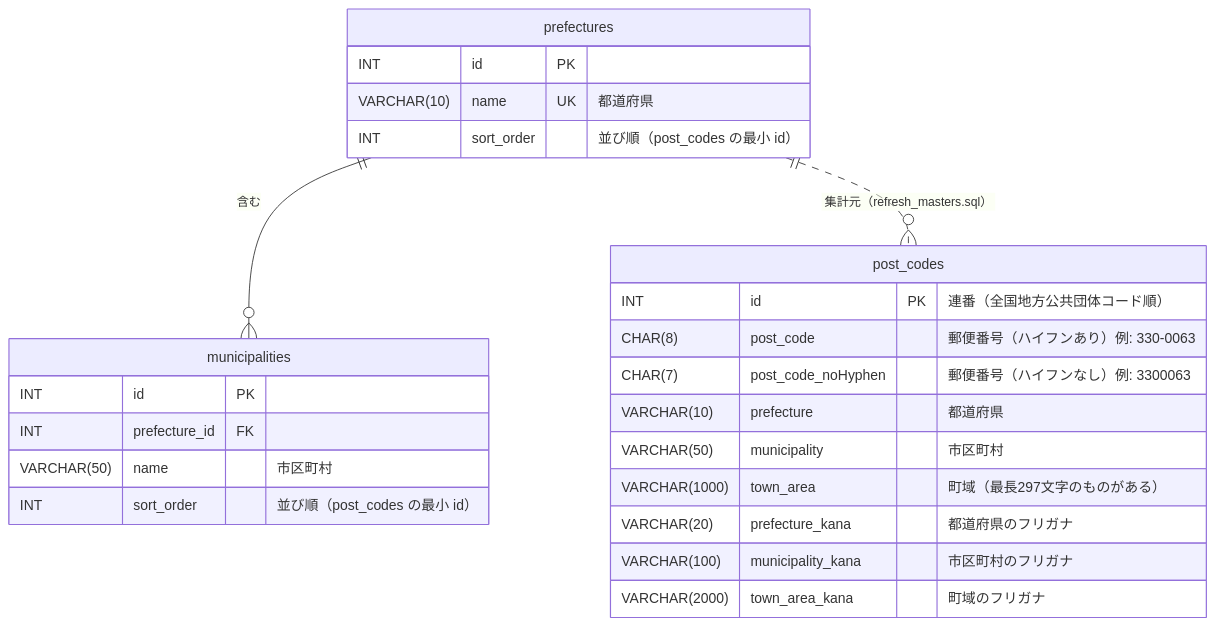
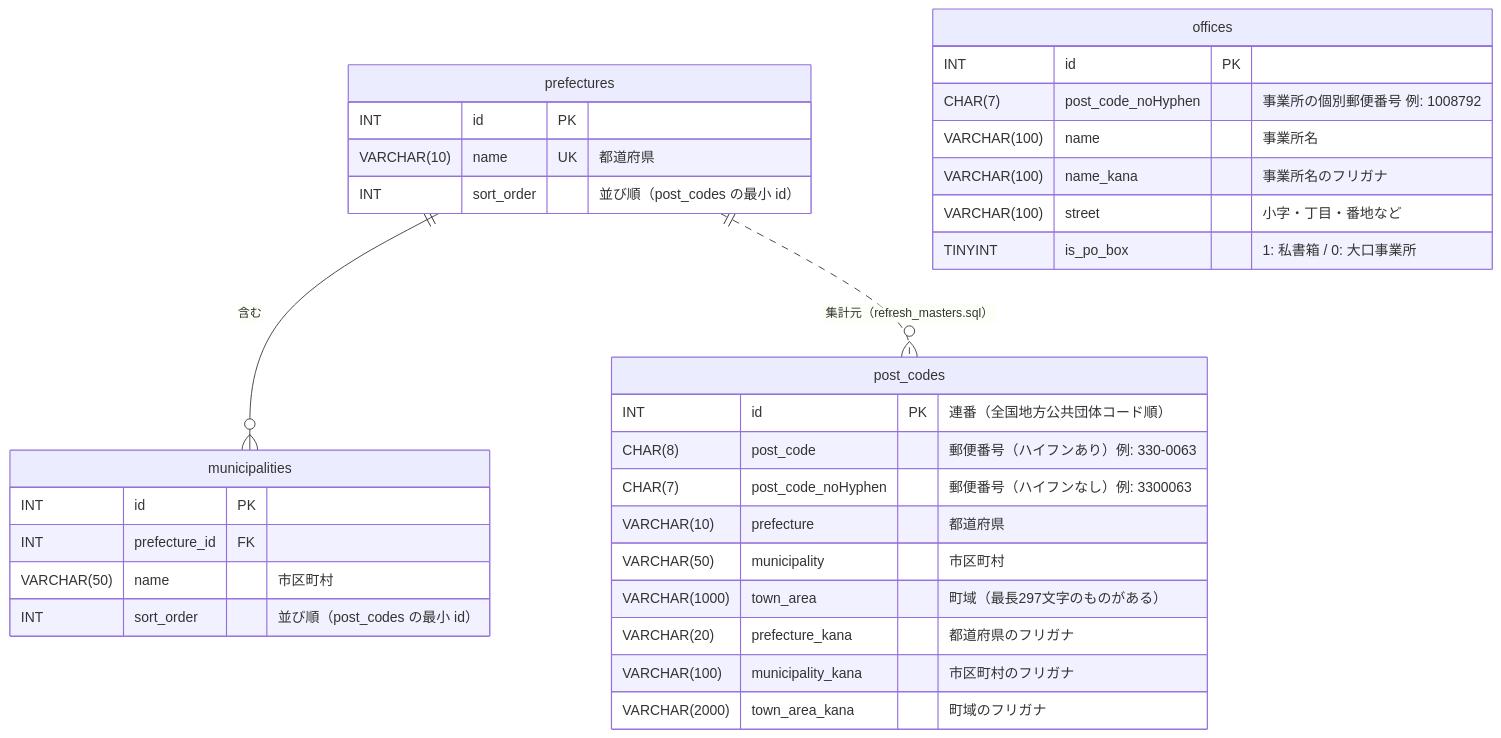
Before and after one commit to KoichiKurita/Search_Address_and_PostCode: the second of 2 diagrams in README.md, drawn with Mermaid. The commit also changed other lines of this file and 22 other files, not shown here.

`````diff
--- a/README.md
+++ b/README.md
@@ -121,27 +148,35 @@
 ```mermaid
 erDiagram
     post_codes {
         INT id PK "連番（全国地方公共団体コード順）"
         CHAR(8) post_code "郵便番号（ハイフンあり）例: 330-0063"
         CHAR(7) post_code_noHyphen "郵便番号（ハイフンなし）例: 3300063"
         VARCHAR(10) prefecture "都道府県"
         VARCHAR(50) municipality "市区町村"
         VARCHAR(1000) town_area "町域（最長297文字のものがある）"
         VARCHAR(20) prefecture_kana "都道府県のフリガナ"
         VARCHAR(100) municipality_kana "市区町村のフリガナ"
         VARCHAR(2000) town_area_kana "町域のフリガナ"
     }
     prefectures {
         INT id PK
         VARCHAR(10) name UK "都道府県"
         INT sort_order "並び順（post_codes の最小 id）"
     }
     municipalities {
         INT id PK
         INT prefecture_id FK
         VARCHAR(50) name "市区町村"
         INT sort_order "並び順（post_codes の最小 id）"
     }
+    offices {
+        INT id PK
+        CHAR(7) post_code_noHyphen "事業所の個別郵便番号 例: 1008792"
+        VARCHAR(100) name "事業所名"
+        VARCHAR(100) name_kana "事業所名のフリガナ"
+        VARCHAR(100) street "小字・丁目・番地など"
+        TINYINT is_po_box "1: 私書箱 / 0: 大口事業所"
+    }
     prefectures ||--o{ municipalities : "含む"
     prefectures ||..o{ post_codes : "集計元（refresh_masters.sql）"
 ````
`````
